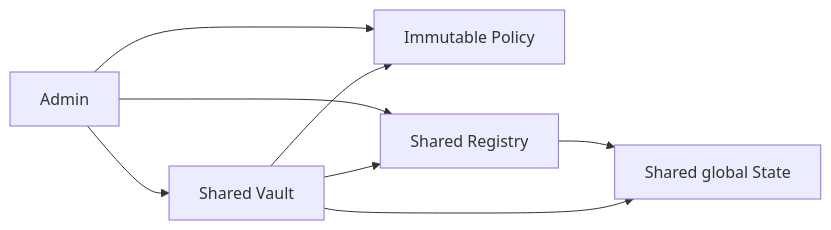
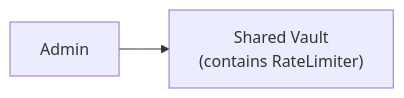
The first of 7 diagrams in README.md (0xNeshi/rate-limiter-proposal), drawn with Mermaid before and after one commit. The commit also changed other lines of this file and 7 other files, not shown here.

Commit message:
simplify the design (rate limiter is not an object)

````diff
--- a/README.md
+++ b/README.md
@@ -260,16 +126,8 @@
 ```mermaid
 flowchart LR
     Admin[Admin]
-    Vault[Shared Vault]
-    Policy[Immutable Policy<WithdrawTag>]
-    Registry[Shared Registry<WithdrawTag>]
-    State[Shared global State<WithdrawTag>]
+    Vault["Shared Vault
+    (contains RateLimiter)"]
 
     Admin --> Vault
-    Admin --> Policy
-    Admin --> Registry
-    Registry --> State
-    Vault --> Policy
-    Vault --> Registry
-    Vault --> State
 ```
````
